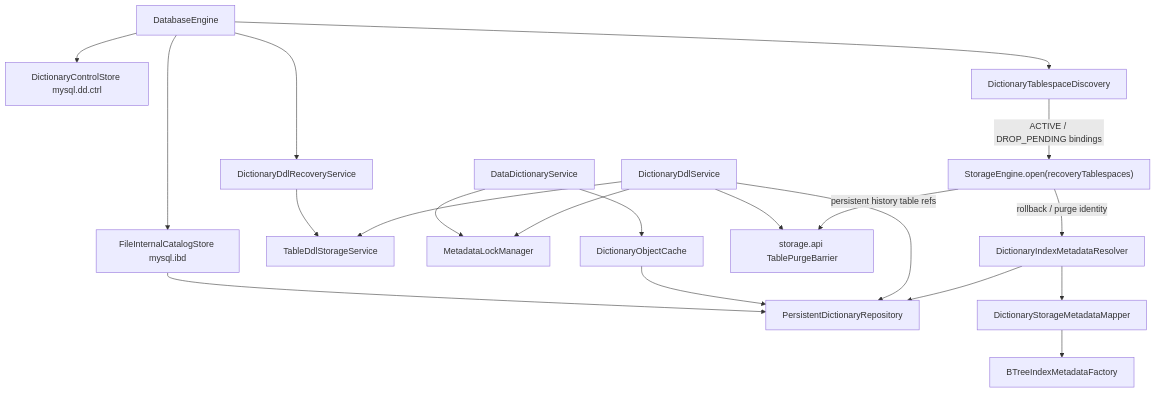
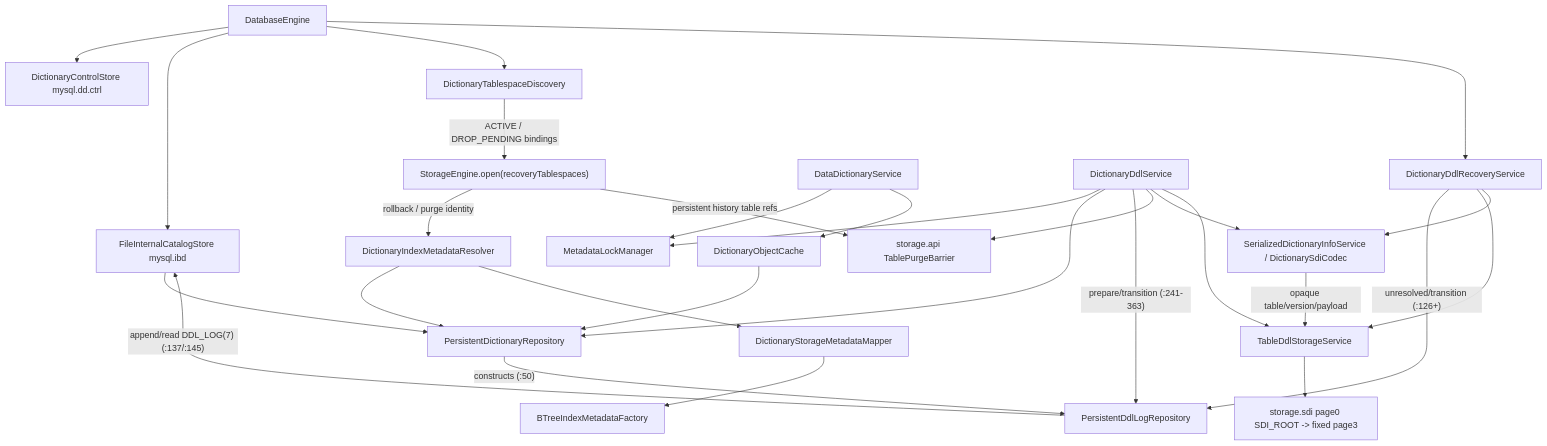
One commit to mywnlb/dbtest changed the tenth of 11 diagrams in docs/design/current-implementation-map.md. Above: the diagram before and after it, drawn with Mermaid. The commit also changed other lines of this file and 219 other files, not shown here.

````diff
--- a/docs/design/current-implementation-map.md
+++ b/docs/design/current-implementation-map.md
@@ -623,22 +635,30 @@
 ```mermaid
 flowchart TD
   Engine["DatabaseEngine"] --> Control["DictionaryControlStore mysql.dd.ctrl"]
   Engine --> Catalog["FileInternalCatalogStore mysql.ibd"]
   Catalog --> Repo["PersistentDictionaryRepository"]
+  Repo -->|"constructs (:50)"| DdlLog["PersistentDdlLogRepository"]
+  DdlLog -->|"append/read DDL_LOG(7) (:137/:145)"| Catalog
   Engine --> Discovery["DictionaryTablespaceDiscovery"]
   Discovery -->|ACTIVE / DROP_PENDING bindings| Storage["StorageEngine.open(recoveryTablespaces)"]
   Engine --> DdlRecovery["DictionaryDdlRecoveryService"]
+  DdlRecovery -->|"unresolved/transition (:126+)"| DdlLog
   DdlRecovery --> Physical["TableDdlStorageService"]
+  DdlRecovery --> Sdi["SerializedDictionaryInfoService / DictionarySdiCodec"]
   DdService["DataDictionaryService"] --> Mdl["MetadataLockManager"]
   DdService --> Cache["DictionaryObjectCache"]
   Cache --> Repo
   Ddl["DictionaryDdlService"] --> Mdl
   Ddl --> Repo
+  Ddl -->|"prepare/transition (:241-363)"| DdlLog
   Ddl --> Barrier["storage.api TablePurgeBarrier"]
+  Ddl --> Sdi
+  Sdi -->|"opaque table/version/payload"| Physical
   Ddl --> Physical
+  Physical --> SdiPage["storage.sdi page0 SDI_ROOT -> fixed page3"]
   Resolver["DictionaryIndexMetadataResolver"] --> Repo
   Resolver --> Mapper["DictionaryStorageMetadataMapper"]
   Mapper --> Factory["BTreeIndexMetadataFactory"]
   Storage -->|rollback / purge identity| Resolver
   Storage -->|persistent history table refs| Barrier
 ```
````
